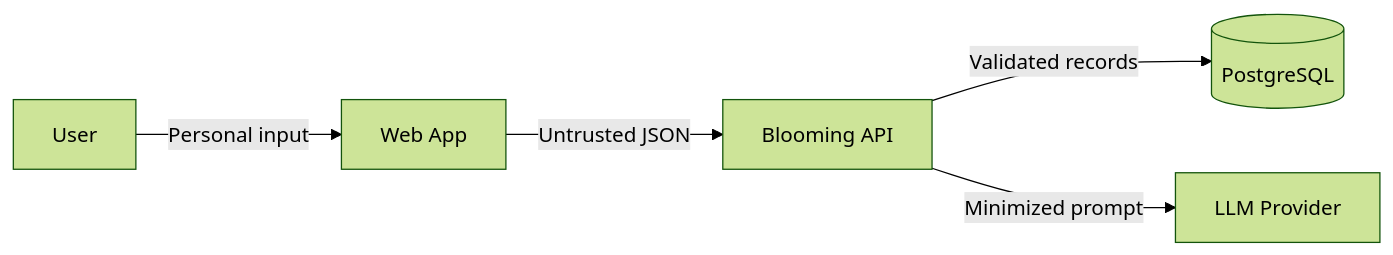
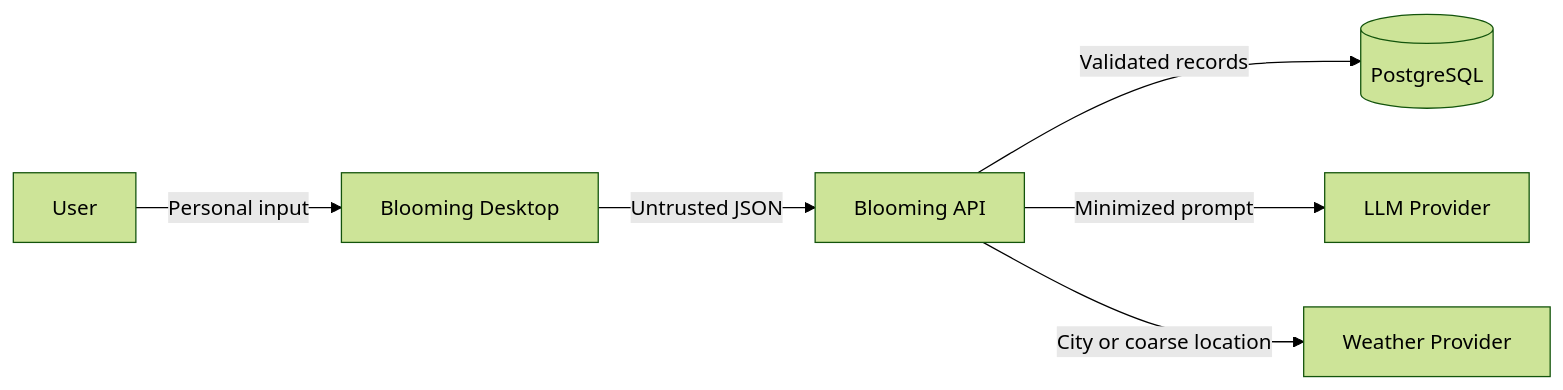
Before and after one commit to Plaminh/Blooming: the diagram in docs/06-architecture/security-privacy.md, drawn with Mermaid (forest theme). The commit also changed other lines of this file and 30 other files, not shown here.

````diff
--- a/docs/06-architecture/security-privacy.md
+++ b/docs/06-architecture/security-privacy.md
@@ -17,7 +19,8 @@
 ```mermaid
 flowchart LR
-    User -->|"Personal input"| Web["Web App"]
-    Web -->|"Untrusted JSON"| API["Blooming API"]
+    User -->|"Personal input"| Desktop["Blooming Desktop"]
+    Desktop -->|"Untrusted JSON"| API["Blooming API"]
     API -->|"Validated records"| DB[("PostgreSQL")]
     API -->|"Minimized prompt"| LLM["LLM Provider"]
+    API -->|"City or coarse location"| Weather["Weather Provider"]
 ```
````
